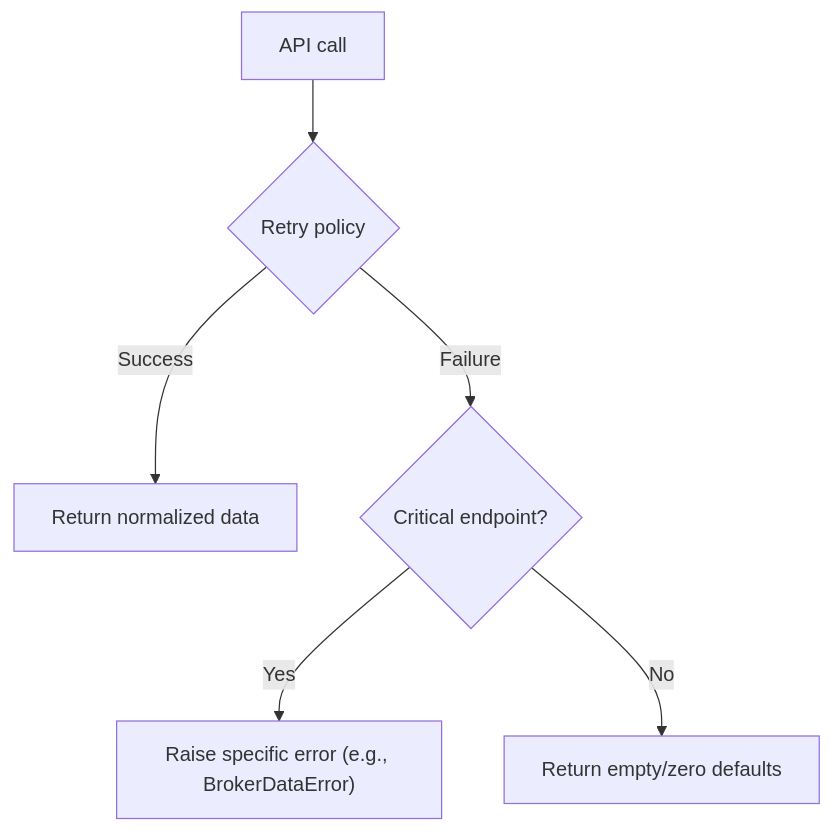
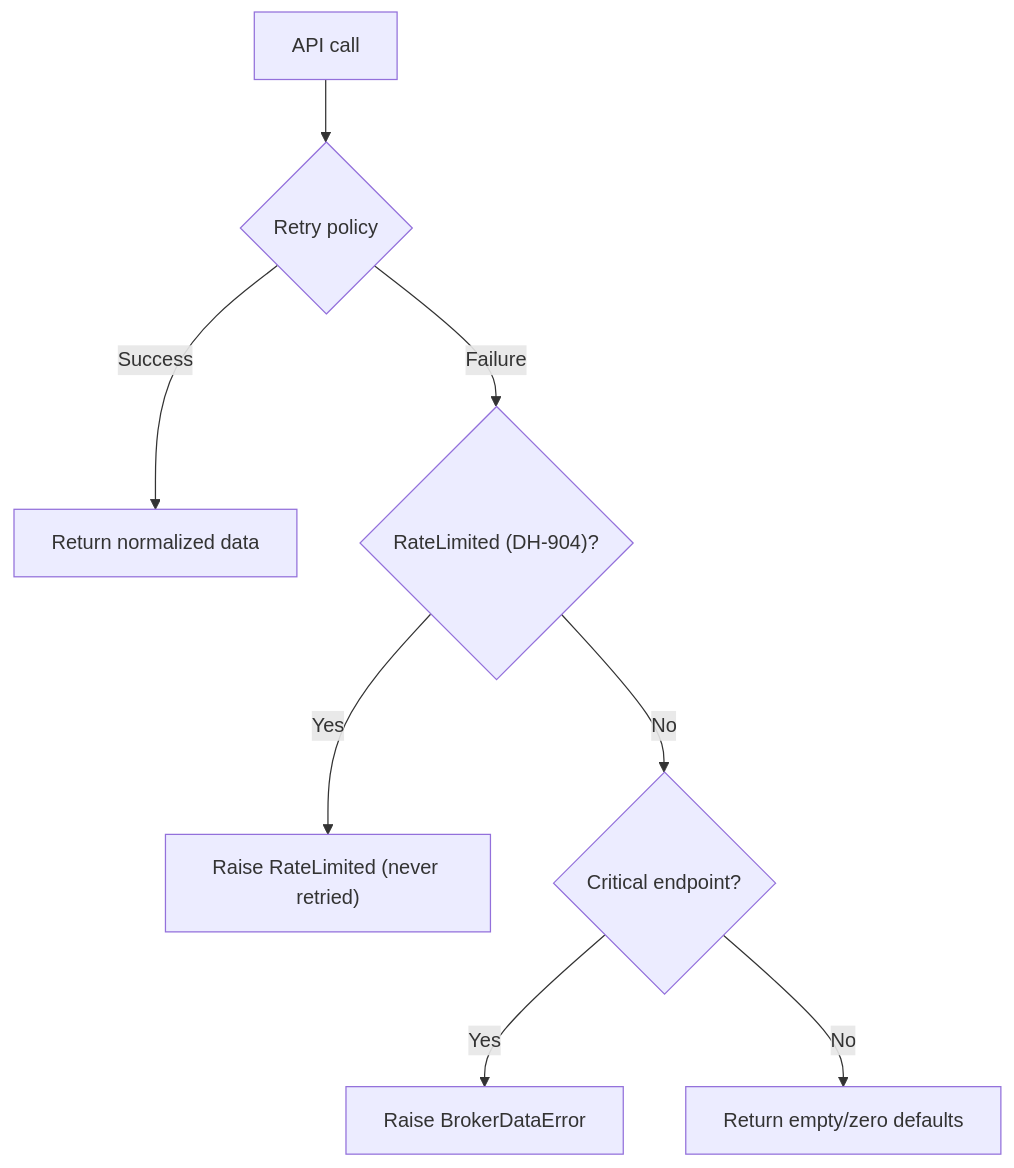
Before and after one commit to Ganesh-Kusundal/nTrade: the ninth of 13 diagrams in .qoder/repowiki/en/content/Architecture Overview/Broker Abstraction Pattern/Broker Abstraction Pattern.md, drawn with Mermaid. The commit also changed other lines of this file and 2201 other files, not shown here.

Commit message:
Integrate completeness: live runner hardening, broker adapter layers, rate-limiting infrastructure, data pipeline (parquet OHLCV + ingestion scripts), contract testing framework, options analytics, and updated architecture/knowledge docs

````diff
--- a/.qoder/repowiki/en/content/Architecture Overview/Broker Abstraction Pattern/Broker Abstraction Pattern.md
+++ b/.qoder/repowiki/en/content/Architecture Overview/Broker Abstraction Pattern/Broker Abstraction Pattern.md
@@ -380,8 +438,10 @@
 ```mermaid
 flowchart TD
-Call["API call"] --> Try{"Retry policy"}
-Try --> |Success| Return["Return normalized data"]
-Try --> |Failure| Critical{"Critical endpoint?"}
-Critical --> |Yes| Raise["Raise specific error (e.g., BrokerDataError)"]
-Critical --> |No| Fallback["Return empty/zero defaults"]
+    Call["API call"] --> Try{"Retry policy"}
+    Try --> |Success| Return["Return normalized data"]
+    Try --> |Failure| Rate{"RateLimited (DH-904)?"}
+    Rate --> |Yes| Raise["Raise RateLimited (never retried)"]
+    Rate --> |No| Critical{"Critical endpoint?"}
+    Critical --> |Yes| Raise2["Raise BrokerDataError"]
+    Critical --> |No| Fallback["Return empty/zero defaults"]
 ```
````
